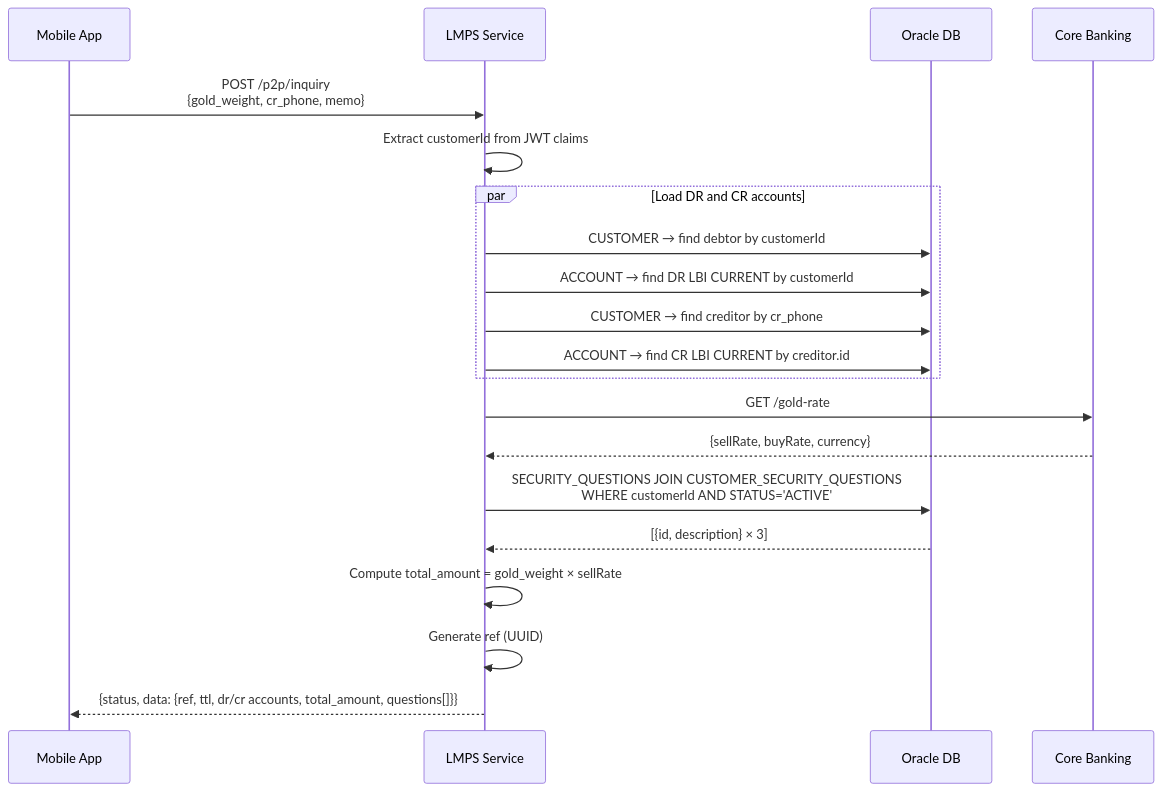
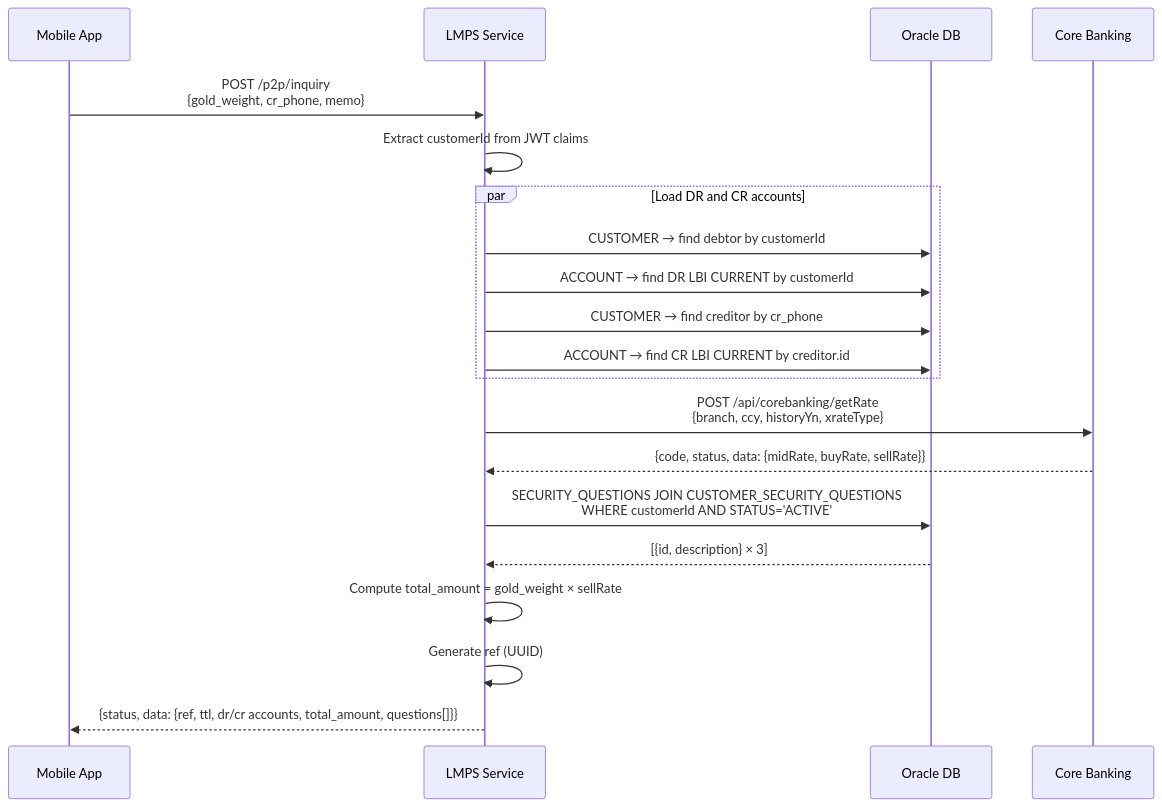
Before and after one commit to thavisoukss/lbbLMPService: the diagram in docs/logic/p2p-inquiry-flow.md, drawn with Mermaid. The commit also changed other lines of this file and 8 other files, not shown here.

````diff
--- a/docs/logic/p2p-inquiry-flow.md
+++ b/docs/logic/p2p-inquiry-flow.md
@@ -10,28 +10,28 @@
 ```mermaid
 sequenceDiagram
     participant App as Mobile App
     participant LMPS as LMPS Service
     participant DB as Oracle DB
     participant CBS as Core Banking
 
     App->>LMPS: POST /p2p/inquiry<br/>{gold_weight, cr_phone, memo}
     LMPS->>LMPS: Extract customerId from JWT claims
 
     par Load DR and CR accounts
         LMPS->>DB: CUSTOMER → find debtor by customerId
         LMPS->>DB: ACCOUNT → find DR LBI CURRENT by customerId
         LMPS->>DB: CUSTOMER → find creditor by cr_phone
         LMPS->>DB: ACCOUNT → find CR LBI CURRENT by creditor.id
     end
 
-    LMPS->>CBS: GET /gold-rate
-    CBS-->>LMPS: {sellRate, buyRate, currency}
+    LMPS->>CBS: POST /api/corebanking/getRate<br/>{branch, ccy, historyYn, xrateType}
+    CBS-->>LMPS: {code, status, data: {midRate, buyRate, sellRate}}
 
     LMPS->>DB: SECURITY_QUESTIONS JOIN CUSTOMER_SECURITY_QUESTIONS<br/>WHERE customerId AND STATUS='ACTIVE'
     DB-->>LMPS: [{id, description} × 3]
 
     LMPS->>LMPS: Compute total_amount = gold_weight × sellRate
     LMPS->>LMPS: Generate ref (UUID)
 
     LMPS-->>App: {status, data: {ref, ttl, dr/cr accounts, total_amount, questions[]}}
 ```
````
